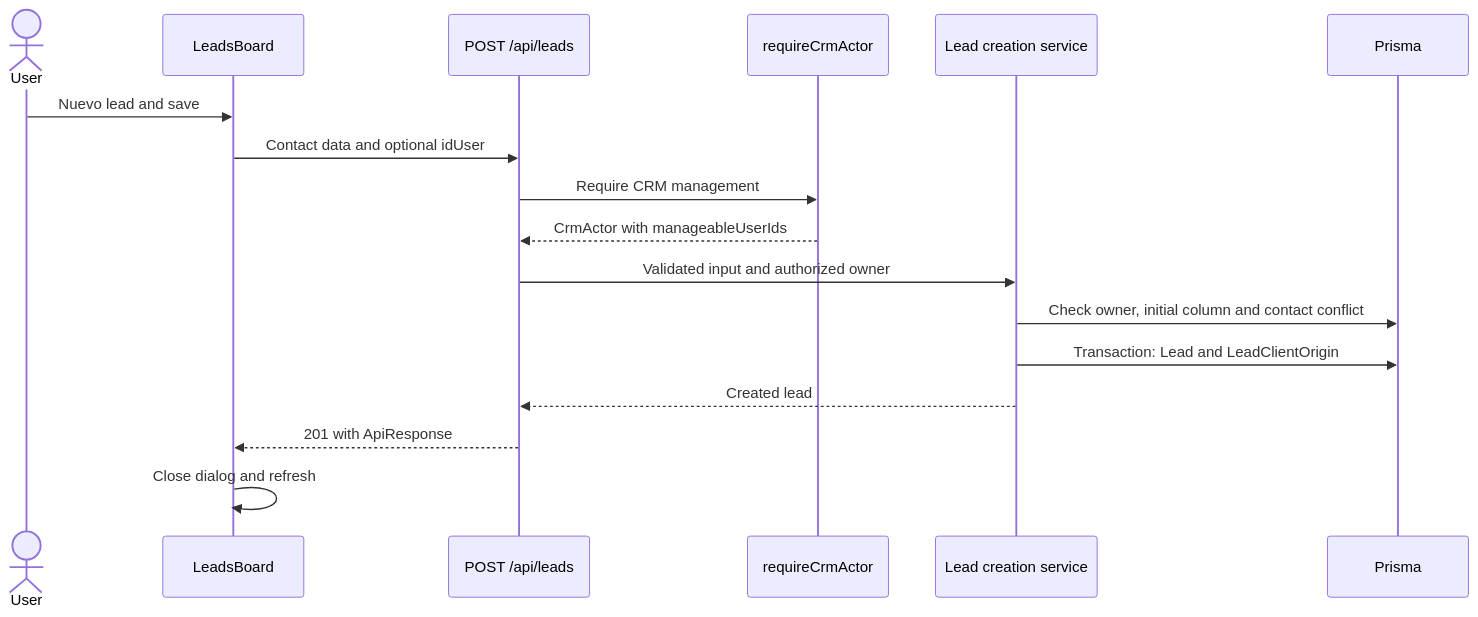
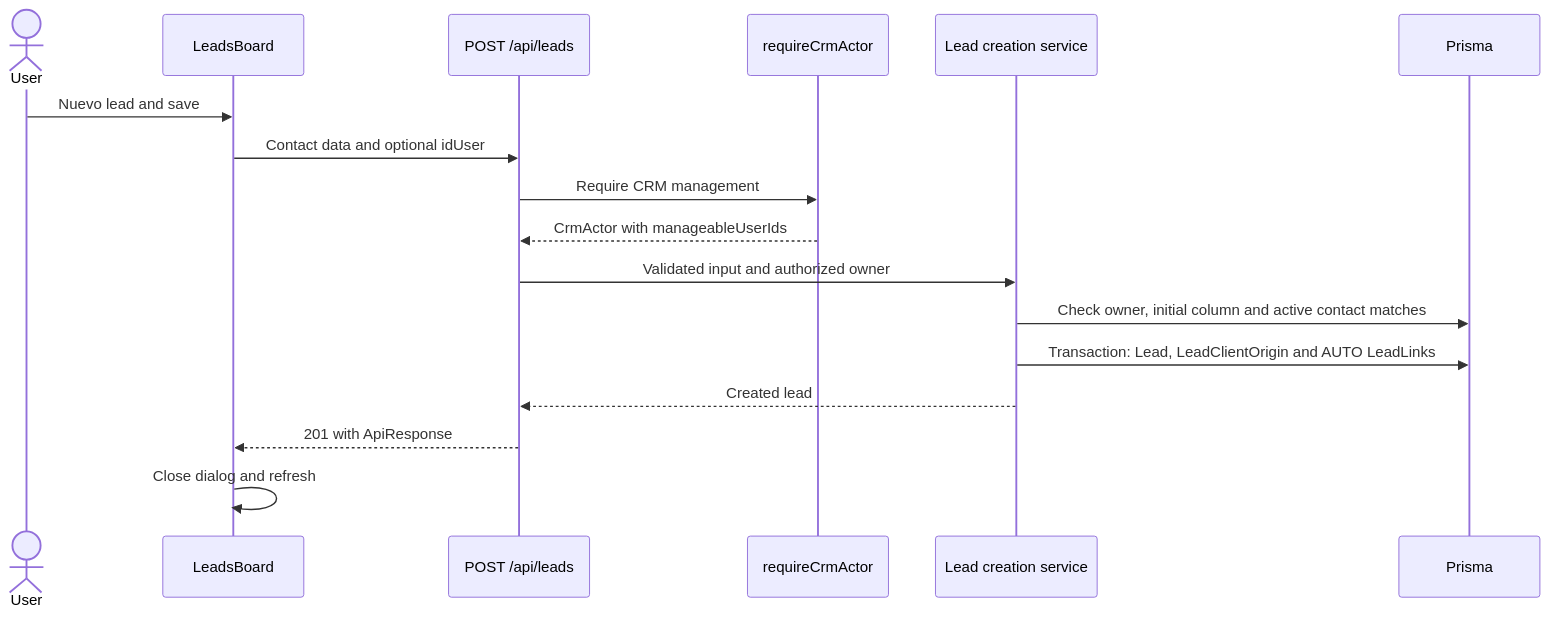
One commit to financieramentecu/financieramente-app changed the first of 3 diagrams in openspec/changes/crm-create-pipeline-lead/design.md. Above: the diagram before and after it, drawn with Mermaid. The commit also changed other lines of this file and 15 other files, not shown here.

````diff
--- a/openspec/changes/crm-create-pipeline-lead/design.md
+++ b/openspec/changes/crm-create-pipeline-lead/design.md
@@ -15,19 +15,19 @@
 ```mermaid
 sequenceDiagram
     actor User
     participant LeadsBoard
     participant Route as POST /api/leads
     participant Guard as requireCrmActor
     participant Service as Lead creation service
     participant DB as Prisma
     User->>LeadsBoard: Nuevo lead and save
     LeadsBoard->>Route: Contact data and optional idUser
     Route->>Guard: Require CRM management
     Guard-->>Route: CrmActor with manageableUserIds
     Route->>Service: Validated input and authorized owner
-    Service->>DB: Check owner, initial column and contact conflict
-    Service->>DB: Transaction: Lead and LeadClientOrigin
+    Service->>DB: Check owner, initial column and active contact matches
+    Service->>DB: Transaction: Lead, LeadClientOrigin and AUTO LeadLinks
     Service-->>Route: Created lead
     Route-->>LeadsBoard: 201 with ApiResponse
     LeadsBoard->>LeadsBoard: Close dialog and refresh
 ```
````
